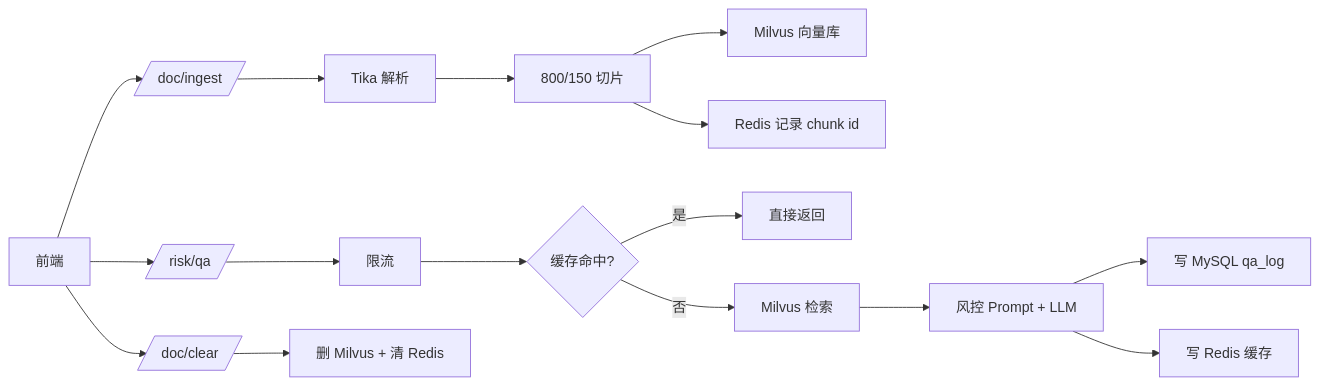
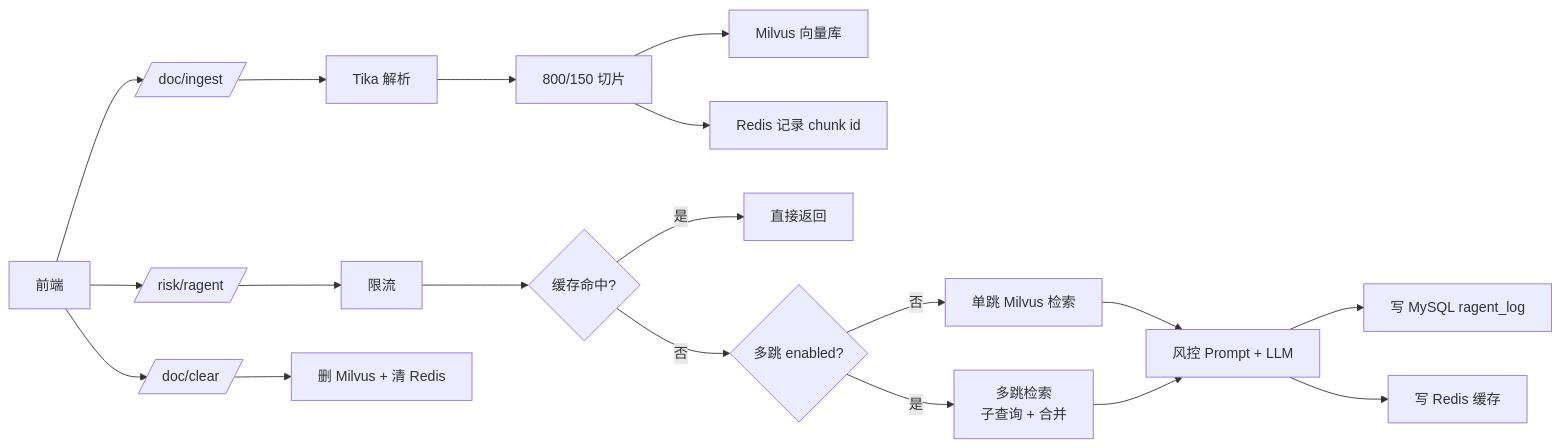
One commit to 1259665975/risk-ai-qa changed the diagram in docs/快速理解代码.md. Above: the diagram before and after it, drawn with Mermaid. The commit also changed other lines of this file and 172 other files, not shown here.

Commit message:
feat: 多格式入库、图片OCR、多跳检索、MCP Server 及 qa→ragent 重构 - 支持 Tika 多格式解析与百炼视觉 OCR 图片入库 - 可选多跳检索与 MCP 工具暴露 - 项目/包名/API/数据库重命名为 risk-ai-ragent - 修复 OCR、clearAll、循环依赖等问题并补充单元测试与文档

````diff
--- a/docs/快速理解代码.md
+++ b/docs/快速理解代码.md
@@ -151,21 +196,24 @@
 ```mermaid
 flowchart LR
     A[前端] --> B[/doc/ingest/]
-    A --> C[/risk/qa/]
+    A --> C[/risk/ragent/]
     A --> D[/doc/clear/]
 
     B --> E[Tika 解析]
     E --> F[800/150 切片]
     F --> G[Milvus 向量库]
     F --> H[Redis 记录 chunk id]
 
     C --> I[限流]
     I --> J{缓存命中?}
     J -- 是 --> K[直接返回]
-    J -- 否 --> L[Milvus 检索]
-    L --> M[风控 Prompt + LLM]
-    M --> N[写 MySQL qa_log]
+    J -- 否 --> L{多跳 enabled?}
+    L -- 否 --> L1[单跳 Milvus 检索]
+    L -- 是 --> L2[多跳检索<br/>子查询 + 合并]
+    L1 --> M[风控 Prompt + LLM]
+    L2 --> M
+    M --> N[写 MySQL ragent_log]
     M --> O[写 Redis 缓存]
 
     D --> P[删 Milvus + 清 Redis]
 ```
````
